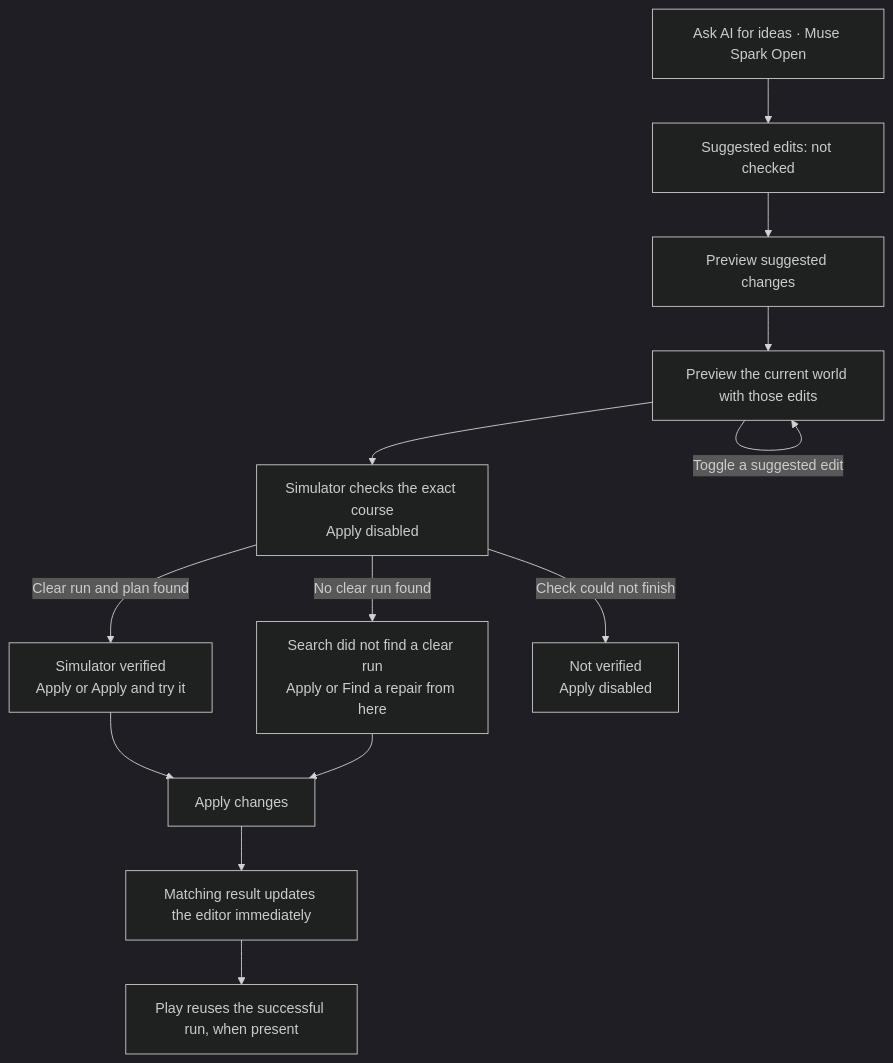
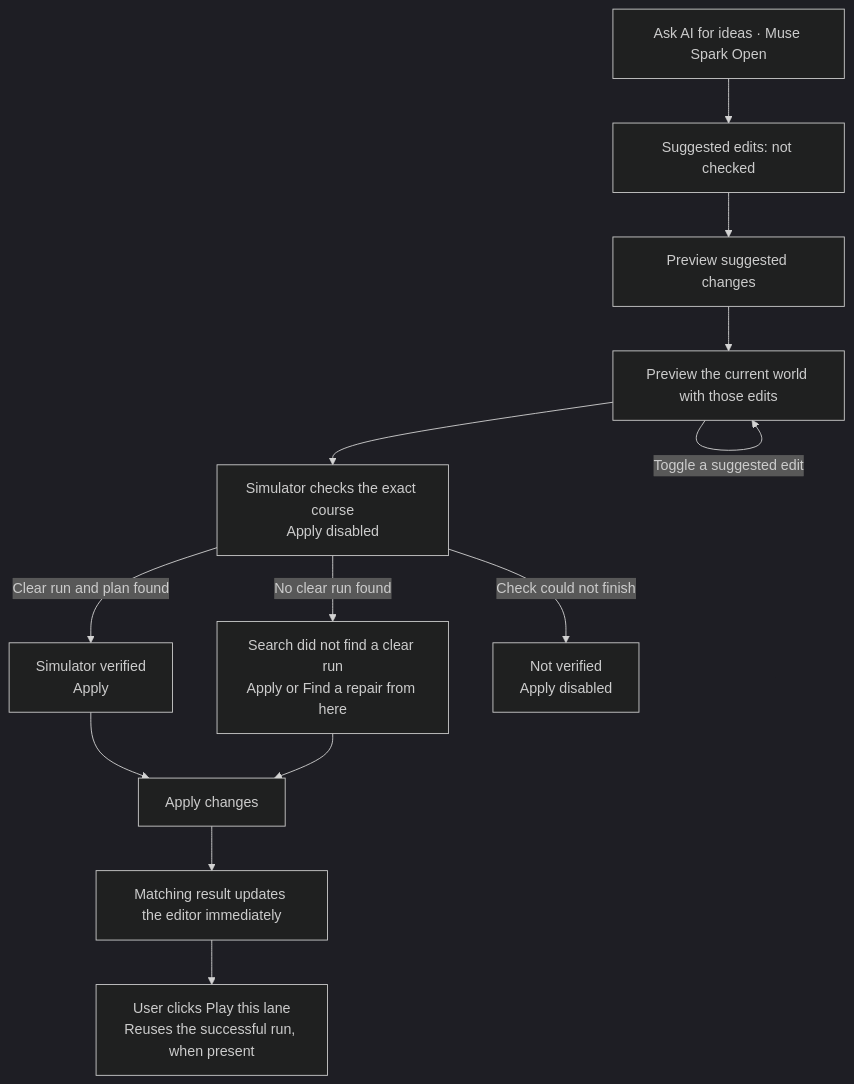
One commit to gitgithan/conquercourse changed the second of 4 diagrams in docs/editor-proof-flow.md. Above: the diagram before and after it, drawn with Mermaid (dark theme). The commit also changed other lines of this file and 7 other files, not shown here.

Commit message:
Remove combined Apply and try it action from Design Partner

````diff
--- a/docs/editor-proof-flow.md
+++ b/docs/editor-proof-flow.md
@@ -61,15 +63,15 @@
 ```mermaid
 flowchart TD
   A["Ask AI for ideas · Muse Spark Open"] --> B["Suggested edits: not checked"]
   B --> C["Preview suggested changes"]
   C --> D["Preview the current world with those edits"]
   D --> E["Simulator checks the exact course<br/>Apply disabled"]
-  E -->|"Clear run and plan found"| F["Simulator verified<br/>Apply or Apply and try it"]
+  E -->|"Clear run and plan found"| F["Simulator verified<br/>Apply"]
   E -->|"No clear run found"| G["Search did not find a clear run<br/>Apply or Find a repair from here"]
   E -->|"Check could not finish"| H["Not verified<br/>Apply disabled"]
   F --> I["Apply changes"]
   G --> I
   I --> J["Matching result updates the editor immediately"]
-  J --> K["Play reuses the successful run, when present"]
+  J --> K["User clicks Play this lane<br/>Reuses the successful run, when present"]
   D -->|"Toggle a suggested edit"| D
 ```
````
